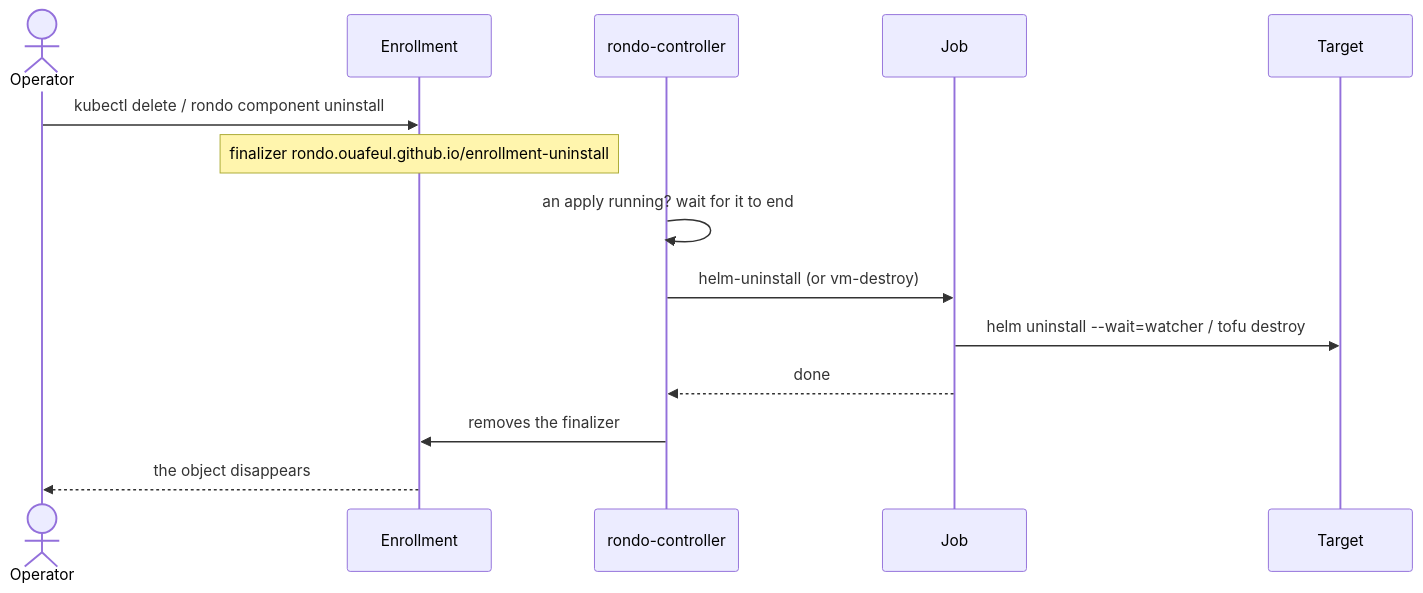
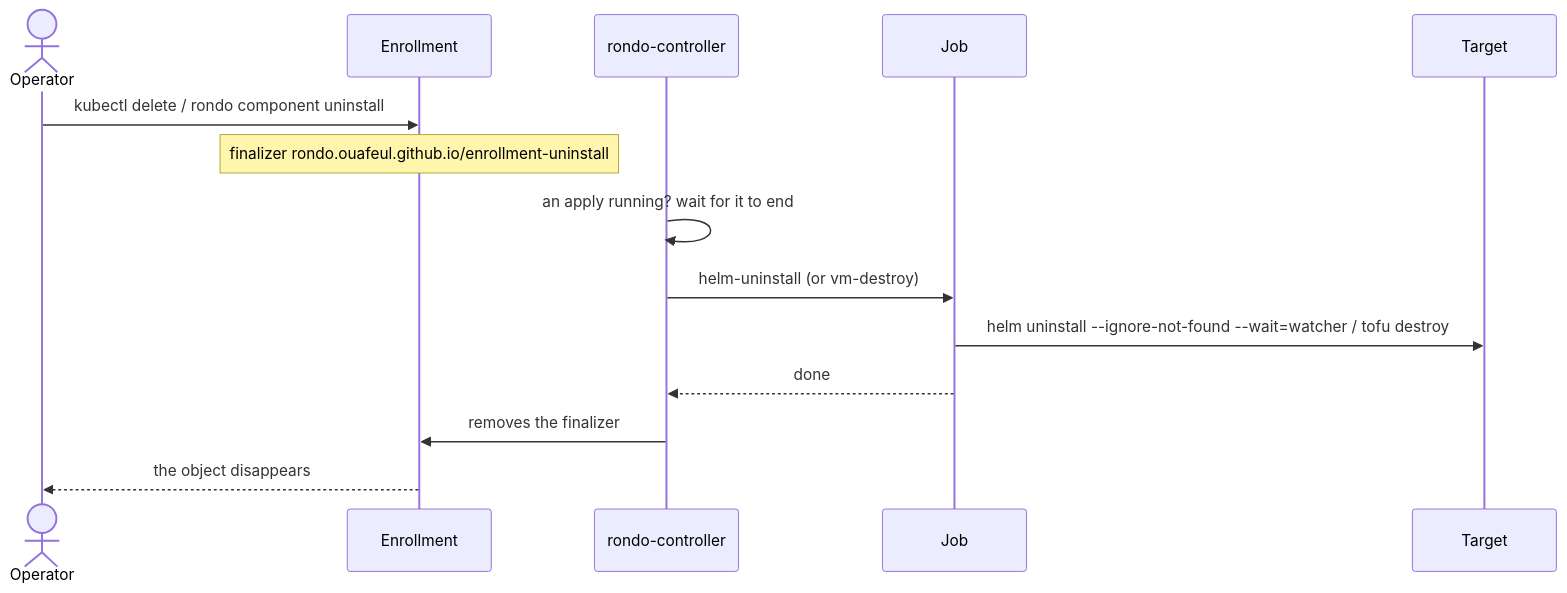
One commit to ouafeul/rondo changed the second of 2 diagrams in docs/src/content/docs/concepts/lifecycle.mdx. Above: the diagram before and after it, drawn with Mermaid. The commit also changed 4 other files, not shown here.

First line of the commit message:
:bug: fix: helm-uninstall succeeds on a release already gone

````diff
--- a/docs/src/content/docs/concepts/lifecycle.mdx
+++ b/docs/src/content/docs/concepts/lifecycle.mdx
@@ -121,16 +121,16 @@
 ```mermaid
 sequenceDiagram
   actor Op as Operator
   participant E as Enrollment
   participant C as rondo-controller
   participant J as Job
   participant T as Target
   Op->>E: kubectl delete / rondo component uninstall
   Note over E: finalizer rondo.ouafeul.github.io/enrollment-uninstall
   C->>C: an apply running? wait for it to end
   C->>J: helm-uninstall (or vm-destroy)
-  J->>T: helm uninstall --wait=watcher / tofu destroy
+  J->>T: helm uninstall --ignore-not-found --wait=watcher / tofu destroy
   J-->>C: done
   C->>E: removes the finalizer
   E-->>Op: the object disappears
 ```
````
